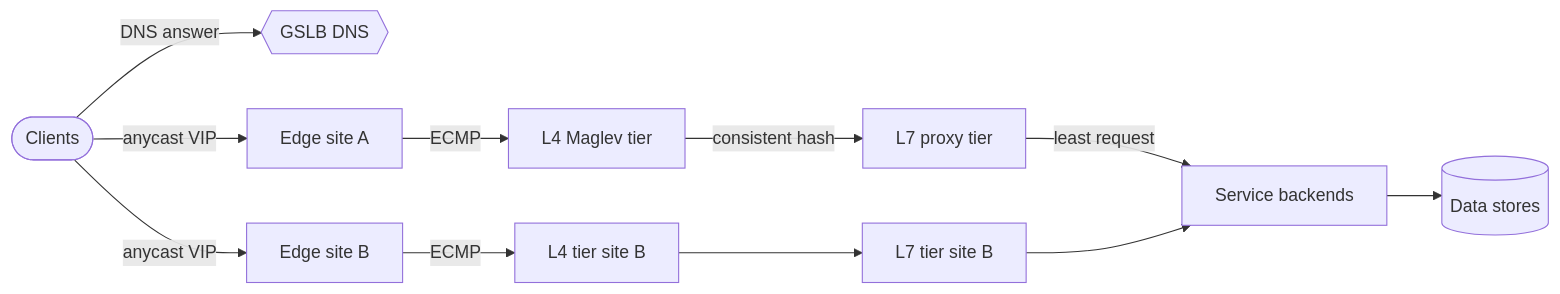
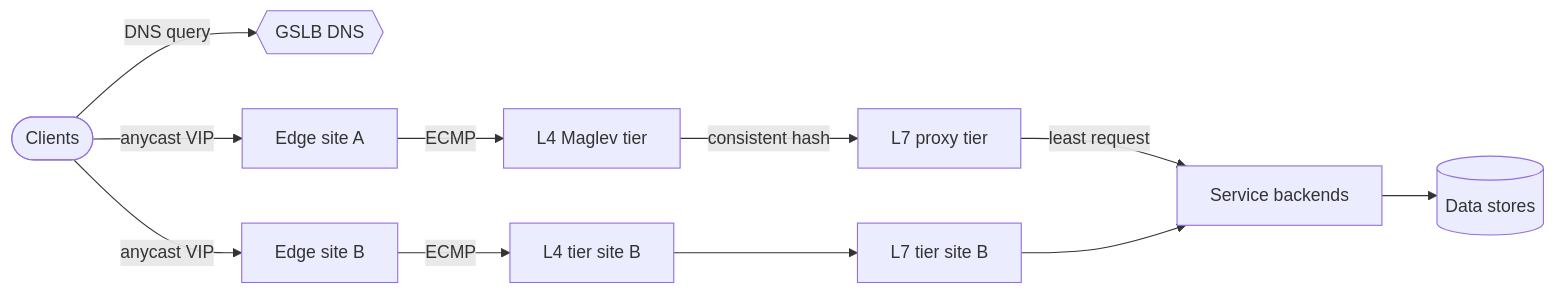
The diagram in diagrams/ch19/fig-19-09.mmd (Sampath1-1-1/System-Design), drawn with Mermaid before and after one commit. The commit also changed 2 other files, not shown here.

```diff
--- a/diagrams/ch19/fig-19-09.mmd
+++ b/diagrams/ch19/fig-19-09.mmd
@@ -1,12 +1,12 @@
 %% Figure 19.9 — A layered, redundant front end
 flowchart LR
-  C([Clients]) -->|DNS answer| DNS{{GSLB DNS}}
+  C([Clients]) -->|DNS query| DNS{{GSLB DNS}}
   C -->|anycast VIP| E1[Edge site A]
   C -->|anycast VIP| E2[Edge site B]
   E1 -->|ECMP| L4A[L4 Maglev tier]
   L4A -->|consistent hash| L7A[L7 proxy tier]
   L7A -->|least request| SVC[Service backends]
   E2 -->|ECMP| L4B[L4 tier site B]
   L4B --> L7B[L7 tier site B]
   L7B --> SVC
   SVC --> DB[(Data stores)]
```
